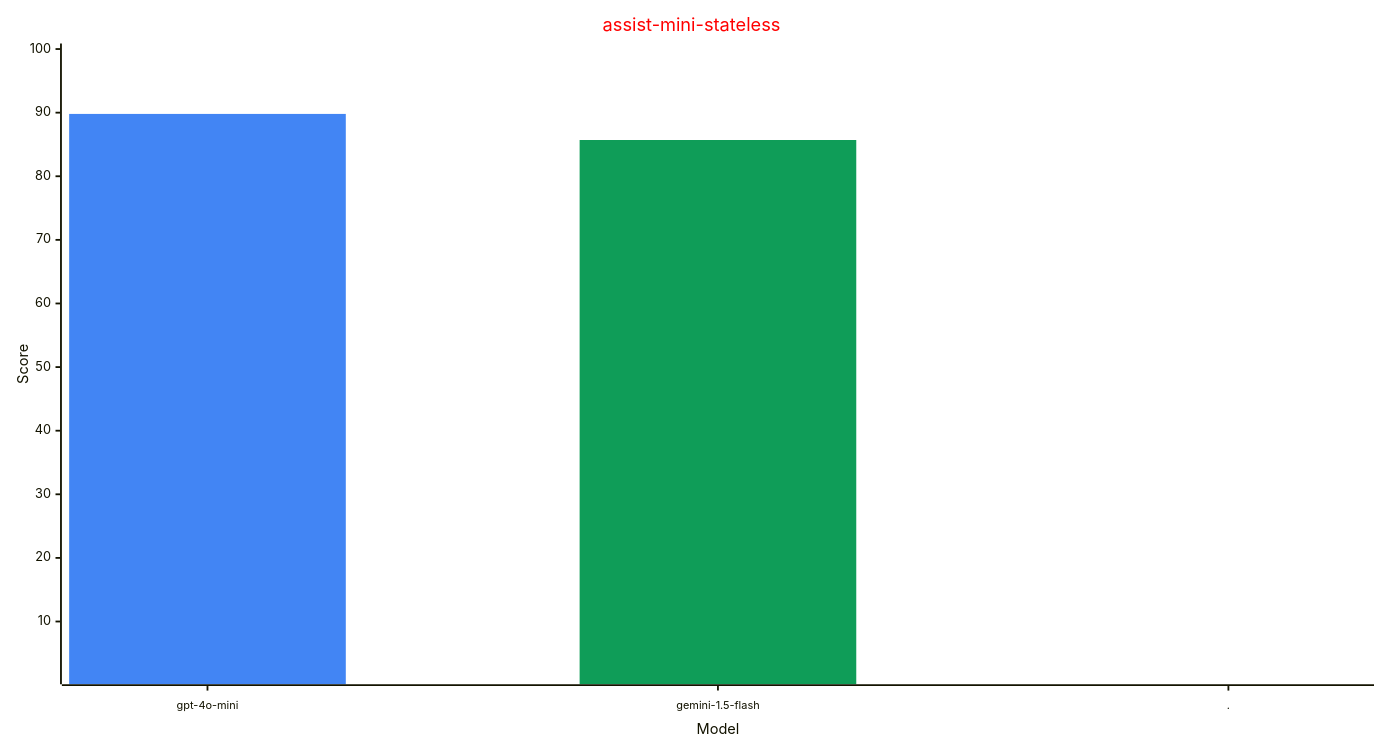
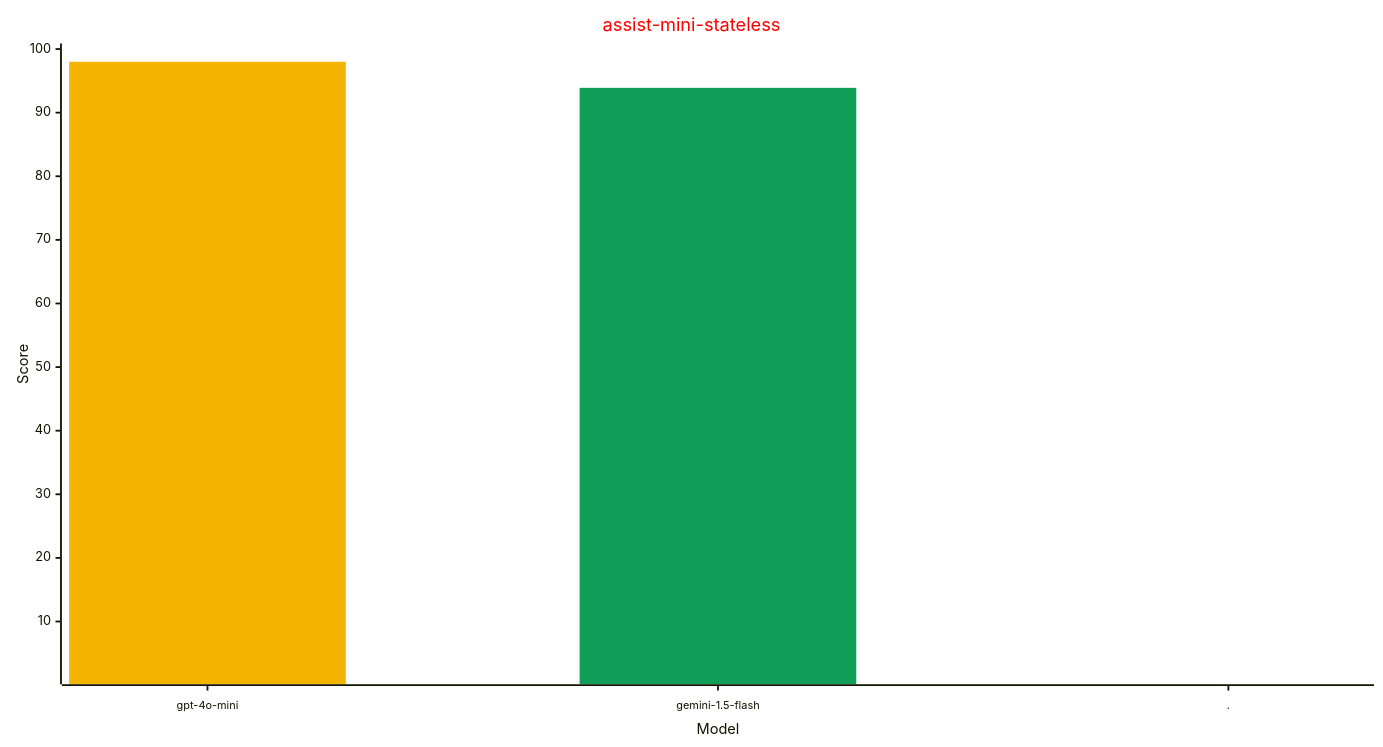
One commit to allenporter/home-assistant-datasets changed the fourth of 4 diagrams in reports/README.md. Above: the diagram before and after it, drawn with Mermaid. The commit also changed other lines of this file and 200 other files, not shown here.

````diff
--- a/reports/README.md
+++ b/reports/README.md
@@ -199,23 +199,23 @@
 ```mermaid
 ---
 config:
     xyChart:
         width: 1500
         height: 800
         xAxis:
           labelFontSize: 12
           labelPadding: 8
     themeVariables:
         xyChart:
             titleColor: "#ff0000"
-            plotColorPalette: "#4285f4, #0f9d58, #4285f4"
+            plotColorPalette: "#f4b400, #0f9d58, #4285f4"
 
 ---
 xychart-beta
   title "assist-mini-stateless"
   x-axis "Model" [gpt-4o-mini, gemini-1.5-flash, .]
   y-axis "Score" 1 --> 100
-  bar [89.8, 0.0, 0.0]
-  bar [0.0, 85.7, 0.0]
+  bar [98.0, 0.0, 0.0]
+  bar [0.0, 93.9, 0.0]
   bar [0.0, 0.0, -1.0]
 ```
````
